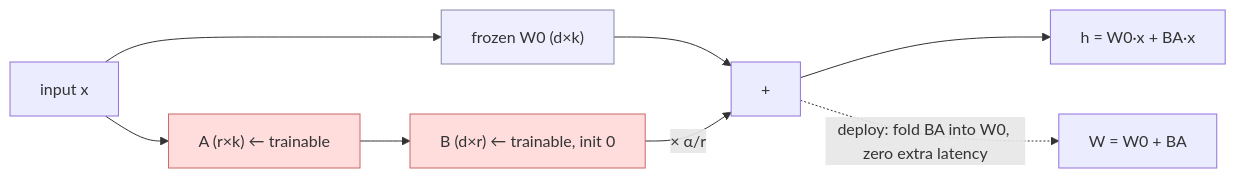
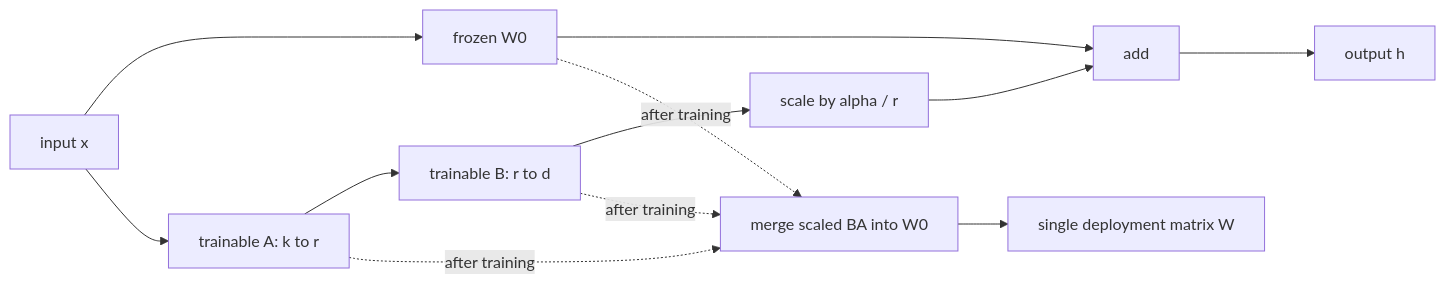
The diagram in docs/papers/peft_2021_lora.md (greenlet/mllm), drawn with Mermaid before and after one commit. The commit also changed other lines of this file and 11 other files, not shown here.

````diff
--- a/docs/papers/peft_2021_lora.md
+++ b/docs/papers/peft_2021_lora.md
@@ -54,12 +102,14 @@
 ```mermaid
 flowchart LR
-  X["input x"] --> W0["frozen W0 (d×k)"]:::f
-  X --> A["A (r×k)  ← trainable"]:::t
-  A --> B["B (d×r)  ← trainable, init 0"]:::t
-  W0 --> S["+"]
-  B -->|"× α/r"| S
-  S --> H["h = W0·x + BA·x"]
-  S -. deploy: fold BA into W0, zero extra latency .-> M["W = W0 + BA"]
-  classDef t fill:#fdd,stroke:#c66;
-  classDef f fill:#eef,stroke:#88a;
+    X["input x"] --> W0["frozen W0"]
+    X --> A["trainable A: k to r"]
+    A --> B["trainable B: r to d"]
+    W0 --> ADD["add"]
+    B --> SCALE["scale by alpha / r"]
+    SCALE --> ADD
+    ADD --> H["output h"]
+    A -. after training .-> MERGE["merge scaled BA into W0"]
+    B -. after training .-> MERGE
+    W0 -. after training .-> MERGE
+    MERGE --> WD["single deployment matrix W"]
 ```
````
